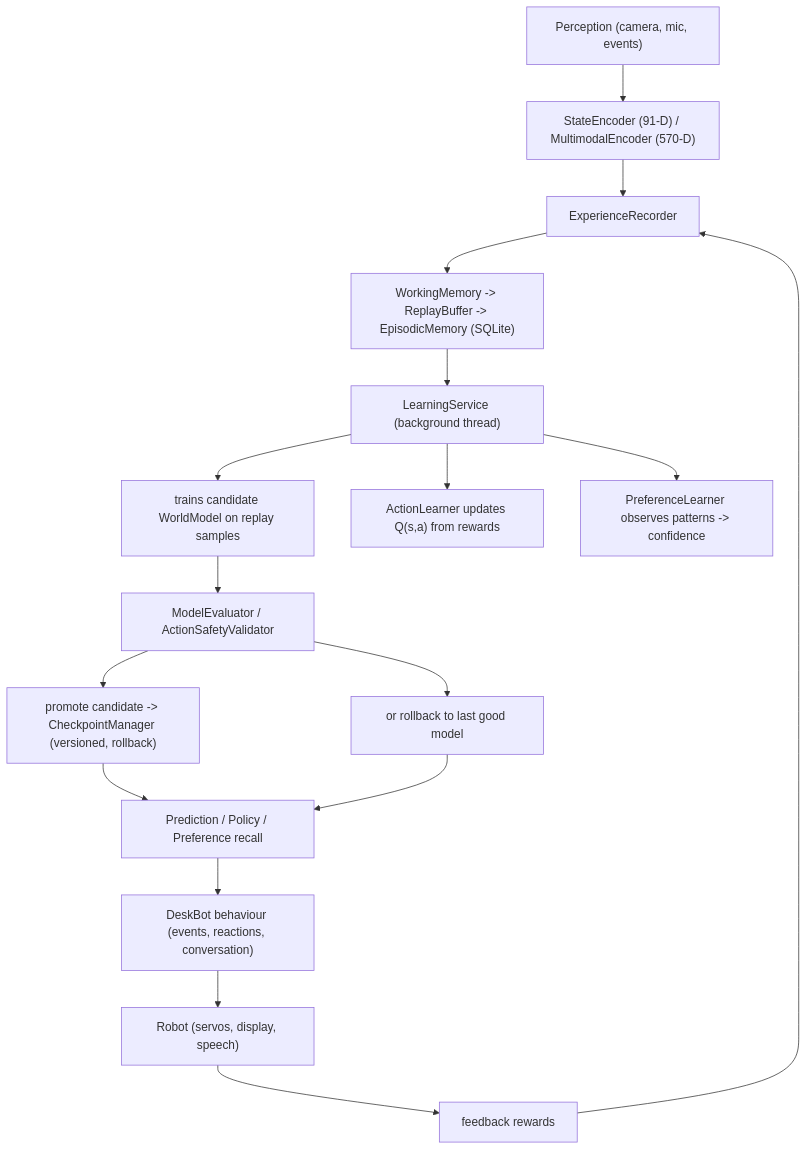
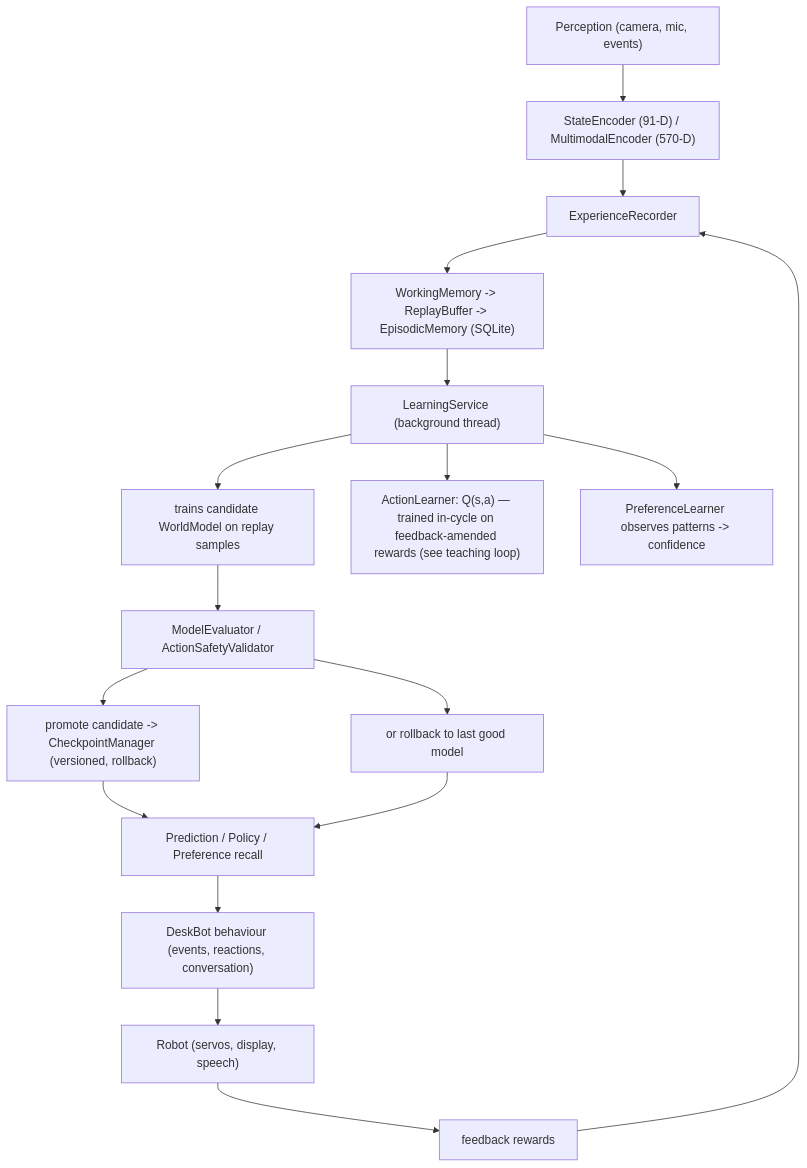
Before and after one commit to well-it-wasnt-me/RON: the second of 2 diagrams in docs/modules/learning.md, drawn with Mermaid. The commit also changed other lines of this file and 84 other files, not shown here.

````diff
--- a/docs/modules/learning.md
+++ b/docs/modules/learning.md
@@ -528,19 +660,19 @@
 ```mermaid
 flowchart TD
     Perc["Perception (camera, mic, events)"] --> SE["StateEncoder (91-D) / MultimodalEncoder (570-D)"]
     SE --> Rec["ExperienceRecorder"]
     Rec --> Mem["WorkingMemory -> ReplayBuffer -> EpisodicMemory (SQLite)"]
     Mem --> LS["LearningService (background thread)"]
     LS --> L1["trains candidate WorldModel on replay samples"]
-    LS --> L2["ActionLearner updates Q(s,a) from rewards"]
+    LS --> L2["ActionLearner: Q(s,a) — trained in-cycle on feedback-amended rewards (see teaching loop)"]
     LS --> L3["PreferenceLearner observes patterns -> confidence"]
     L1 --> Eval["ModelEvaluator / ActionSafetyValidator"]
     Eval --> Promote["promote candidate -> CheckpointManager (versioned, rollback)"]
     Eval --> Rollback["or rollback to last good model"]
     Promote --> Pred["Prediction / Policy / Preference recall"]
     Rollback --> Pred
     Pred --> Beh["DeskBot behaviour (events, reactions, conversation)"]
     Beh --> Robot["Robot (servos, display, speech)"]
     Robot --> Fb["feedback rewards"]
     Fb --> Rec
 ```
````
